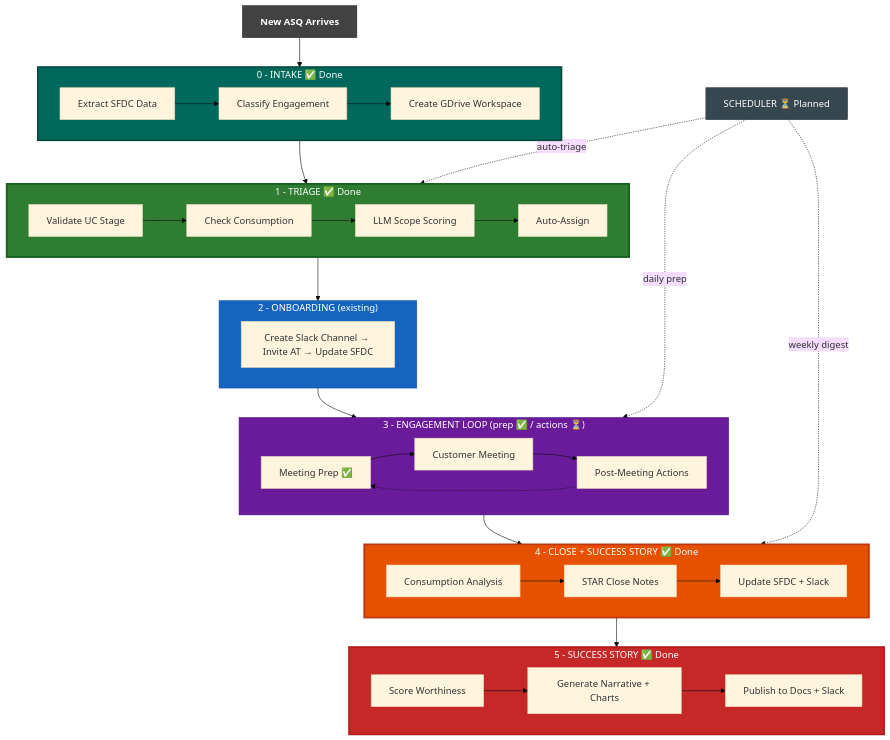
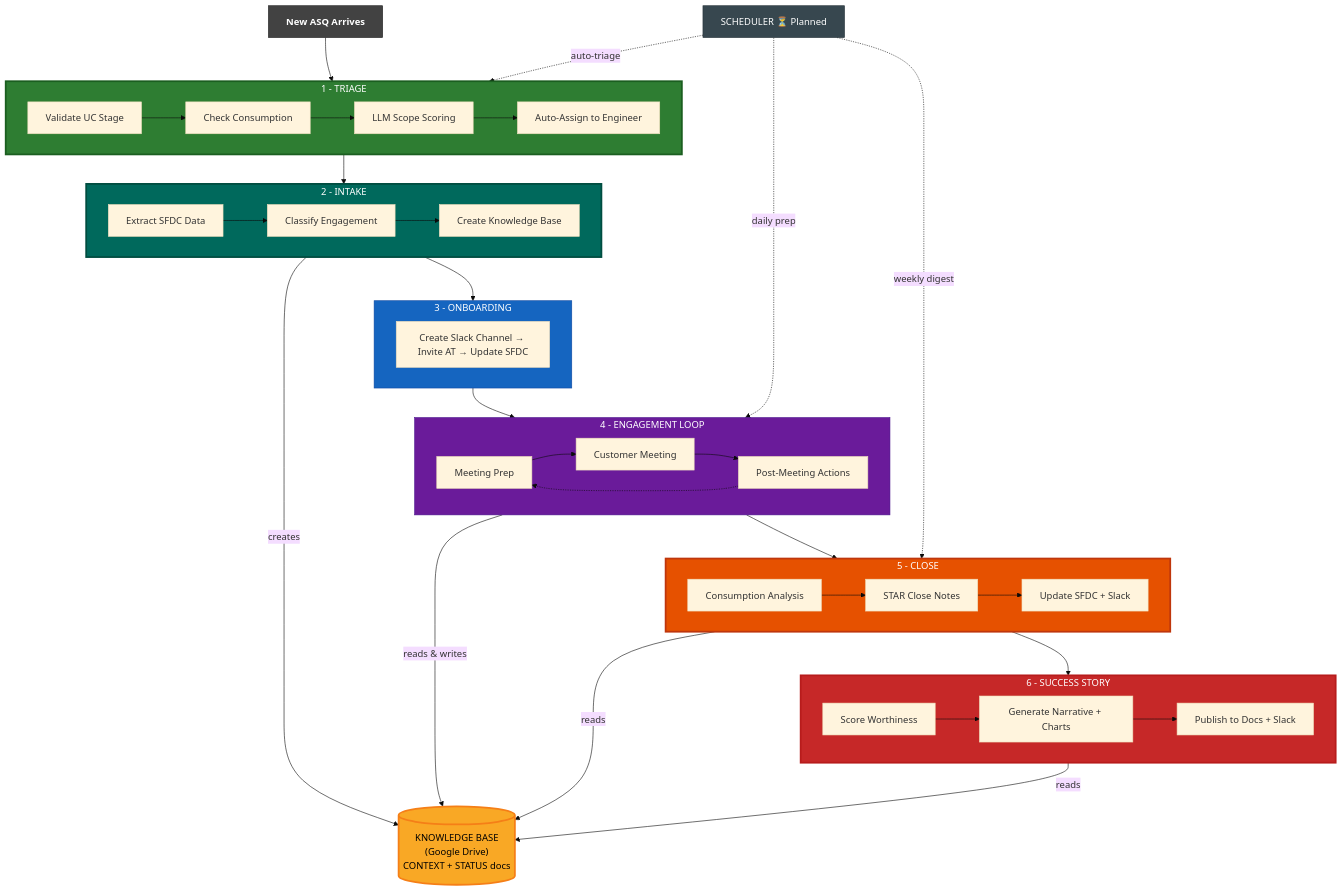
The diagram in README.md (shdzhang/emea-sts-productivity-hackathon), drawn with Mermaid (base theme) before and after one commit. The commit also changed other lines of this file, not shown here.

Commit message:
Clean up diagram, reorder intake after triage, add knowledge base
- Move intake after triage (engineer starts intake once assigned)
- Add knowledge base node showing read/write flow across all skills
- Add Key Innovation section explaining shared knowledge base pattern
- Remove excessive checkmark emojis from diagram labels

````diff
--- a/README.md
+++ b/README.md
@@ -13,58 +13,65 @@
 ```mermaid
 graph TD
-    A["<b>New ASQ Arrives</b>"] --> A1
+    A["<b>New ASQ Arrives</b>"] --> B
 
-    subgraph A1["0 - INTAKE  ✅ Done"]
-        A1a["Extract SFDC Data"] --> A1b["Classify Engagement"]
-        A1b --> A1c["Create GDrive Workspace"]
+    subgraph B["1 - TRIAGE"]
+        B1["Validate UC Stage"] --> B2["Check Consumption"]
+        B2 --> B3["LLM Scope Scoring"]
+        B3 --> B4["Auto-Assign to Engineer"]
     end
 
-    A1 --> B
+    B --> I
 
-    subgraph B["1 - TRIAGE  ✅ Done"]
-        B1["Validate UC Stage"] --> B2["Check Consumption"]
-        B2 --> B3["LLM Scope Scoring"]
-        B3 --> B4["Auto-Assign"]
+    subgraph I["2 - INTAKE"]
+        I1["Extract SFDC Data"] --> I2["Classify Engagement"]
+        I2 --> I3["Create Knowledge Base"]
     end
 
-    B --> C
+    I --> C
 
-    subgraph C["2 - ONBOARDING  (existing)"]
+    subgraph C["3 - ONBOARDING"]
         C1["Create Slack Channel → Invite AT → Update SFDC"]
     end
 
     C --> D
 
-    subgraph D["3 - ENGAGEMENT LOOP  (prep ✅ / actions ⏳)"]
-        D1["Meeting Prep ✅"] --> D2["Customer Meeting"]
+    subgraph D["4 - ENGAGEMENT LOOP"]
+        D1["Meeting Prep"] --> D2["Customer Meeting"]
         D2 --> D3["Post-Meeting Actions"]
         D3 -.-> D1
     end
 
     D --> E
 
-    subgraph E["4 - CLOSE + SUCCESS STORY  ✅ Done"]
+    subgraph E["5 - CLOSE"]
         E1["Consumption Analysis"] --> E2["STAR Close Notes"]
         E2 --> E3["Update SFDC + Slack"]
     end
 
     E --> F
 
-    subgraph F["5 - SUCCESS STORY  ✅ Done"]
+    subgraph F["6 - SUCCESS STORY"]
         F1["Score Worthiness"] --> F2["Generate Narrative + Charts"]
         F2 --> F3["Publish to Docs + Slack"]
     end
+
+    KB[("KNOWLEDGE BASE\n(Google Drive)\nCONTEXT + STATUS docs")]
+    I -- "creates" --> KB
+    D -- "reads & writes" --> KB
+    E -- "reads" --> KB
+    F -- "reads" --> KB
 
     G["SCHEDULER  ⏳ Planned"] -.->|"auto-triage"| B
     G -.->|"daily prep"| D
     G -.->|"weekly digest"| E
 
-    style A1 fill:#00695c,color:#fff,stroke:#004d40,stroke-width:3px
     style B fill:#2e7d32,color:#fff,stroke:#1b5e20,stroke-width:3px
+    style I fill:#00695c,color:#fff,stroke:#004d40,stroke-width:3px
     style C fill:#1565c0,color:#fff,stroke:#0d47a1
     style D fill:#6a1b9a,color:#fff,stroke:#4a148c
     style E fill:#e65100,color:#fff,stroke:#bf360c,stroke-width:3px
     style F fill:#c62828,color:#fff,stroke:#b71c1c,stroke-width:3px
+    style KB fill:#f9a825,color:#000,stroke:#f57f17,stroke-width:3px
     style G fill:#37474f,color:#fff,stroke:#263238
     style A fill:#424242,color:#fff,stroke:#212121
 ```
````
